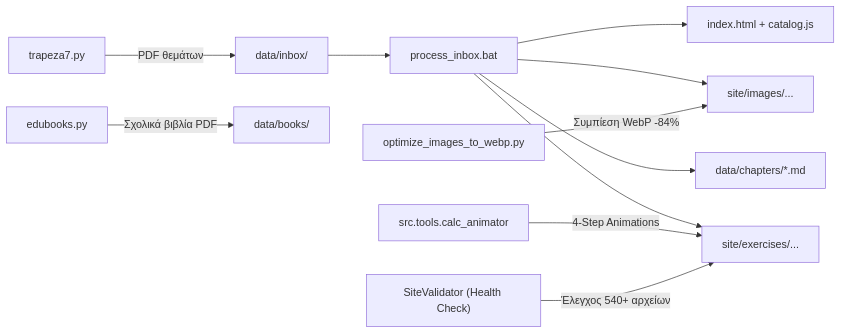
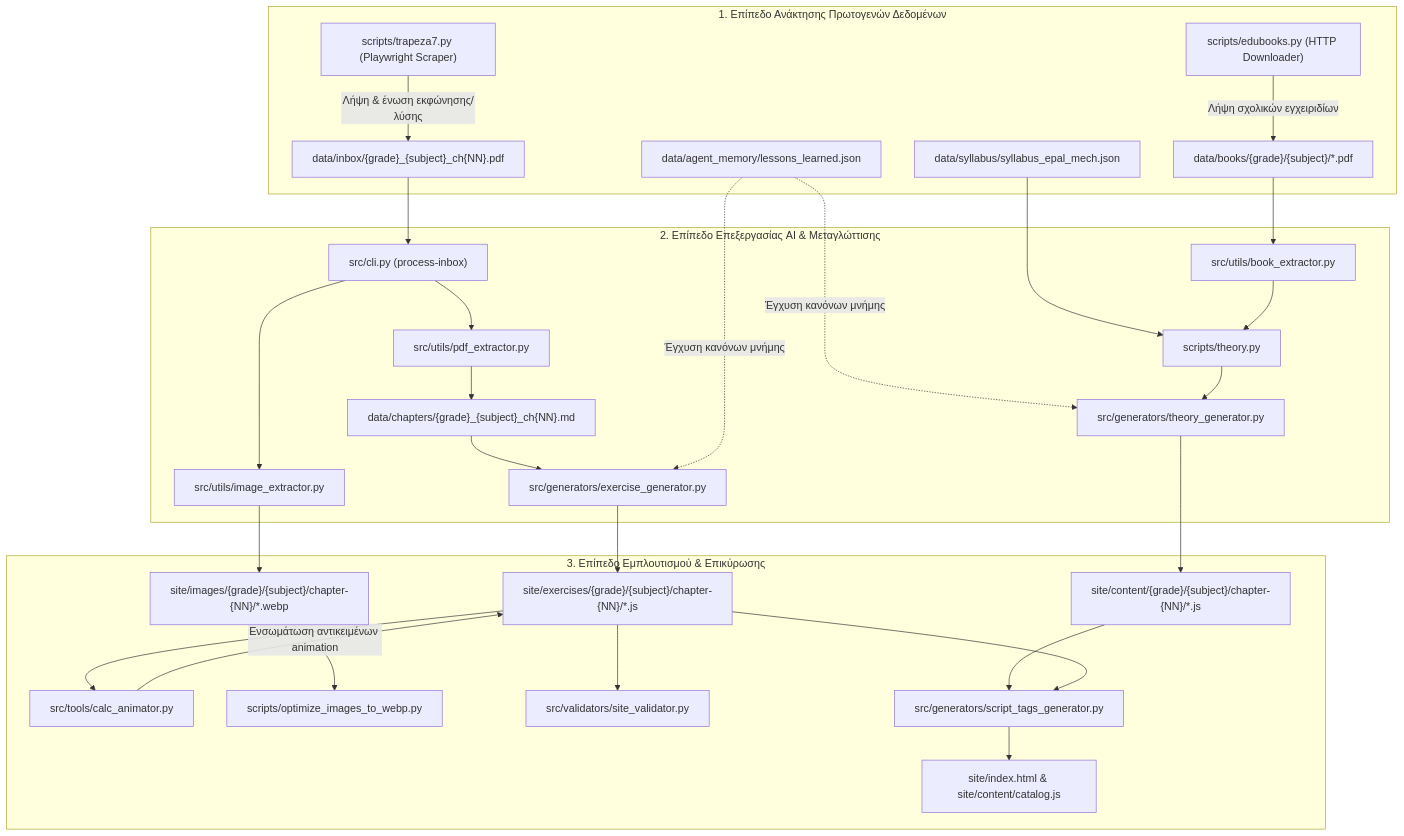
The diagram in README.md (4gnosin/agent1), drawn with Mermaid before and after one commit. The commit also changed other lines of this file and 179 other files, not shown here.

````diff
--- a/README.md
+++ b/README.md
@@ -58,13 +31,37 @@
 ```mermaid
-flowchart LR
-    A["trapeza7.py"] -->|"PDF θεμάτων"| B["data/inbox/"]
-    EBOOK["edubooks.py"] -->|"Σχολικά βιβλία PDF"| BOOKS["data/books/"]
-    B --> C["process_inbox.bat"]
-    C --> D["data/chapters/*.md"]
-    C --> E["site/exercises/..."]
-    C --> F["site/images/..."]
-    OPT["optimize_images_to_webp.py"] -->|"Συμπίεση WebP -84%"| F
-    ANIM["src.tools.calc_animator"] -->|"4-Step Animations"| E
-    C --> G["index.html + catalog.js"]
-    VAL["SiteValidator (Health Check)"] -->|"Έλεγχος 540+ αρχείων"| E
+flowchart TD
+    subgraph Acquisition["1. Επίπεδο Ανάκτησης Πρωτογενών Δεδομένων"]
+        TRAPEZA["scripts/trapeza7.py (Playwright Scraper)"] -->|"Λήψη & ένωση εκφώνησης/λύσης"| INBOX["data/inbox/{grade}_{subject}_ch{NN}.pdf"]
+        EDUBOOKS["scripts/edubooks.py (HTTP Downloader)"] -->|"Λήψη σχολικών εγχειριδίων"| BOOKS["data/books/{grade}/{subject}/*.pdf"]
+        SYLLABUS["data/syllabus/syllabus_epal_mech.json"]
+        MEMORY["data/agent_memory/lessons_learned.json"]
+    end
+
+    subgraph Compilation["2. Επίπεδο Επεξεργασίας AI & Μεταγλώττισης"]
+        INBOX --> CLI_INBOX["src/cli.py (process-inbox)"]
+        CLI_INBOX --> PDF_EXT["src/utils/pdf_extractor.py"]
+        CLI_INBOX --> IMG_EXT["src/utils/image_extractor.py"]
+        PDF_EXT --> MD_CH["data/chapters/{grade}_{subject}_ch{NN}.md"]
+        MD_CH --> EX_GEN["src/generators/exercise_generator.py"]
+        MEMORY -.->|"Έγχυση κανόνων μνήμης"| EX_GEN
+        MEMORY -.->|"Έγχυση κανόνων μνήμης"| TH_GEN
+
+        BOOKS --> BOOK_EXT["src/utils/book_extractor.py"]
+        SYLLABUS --> TH_SCRIPT["scripts/theory.py"]
+        BOOK_EXT --> TH_SCRIPT
+        TH_SCRIPT --> TH_GEN["src/generators/theory_generator.py"]
+    end
+
+    subgraph PostProcessing["3. Επίπεδο Εμπλουτισμού & Επικύρωσης"]
+        EX_GEN --> SITE_EX["site/exercises/{grade}/{subject}/chapter-{NN}/*.js"]
+        TH_GEN --> SITE_TH["site/content/{grade}/{subject}/chapter-{NN}/*.js"]
+        IMG_EXT --> SITE_IMG["site/images/{grade}/{subject}/chapter-{NN}/*.webp"]
+        SITE_EX --> ANIM["src/tools/calc_animator.py"]
+        ANIM -->|"Ενσωμάτωση αντικειμένων animation"| SITE_EX
+        SITE_IMG --> WEBP_OPT["scripts/optimize_images_to_webp.py"]
+        SITE_EX --> VALIDATOR["src/validators/site_validator.py"]
+        SITE_TH --> SYNC["src/generators/script_tags_generator.py"]
+        SITE_EX --> SYNC
+        SYNC --> INDEX["site/index.html & site/content/catalog.js"]
+    end
 ```
````
